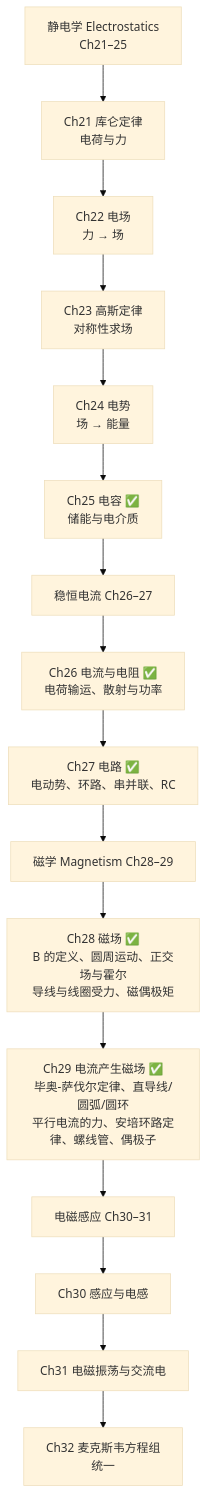
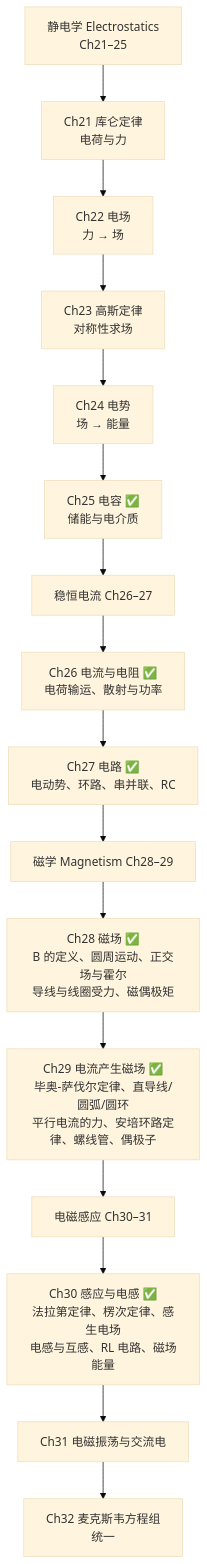
Before and after one commit to KayeAdams515/ClaudeNotes: the first of 8 diagrams in 物理/大学物理（一）/电磁学 MOC.md, drawn with Mermaid (base theme). The commit also changed other lines of this file and 20 other files, not shown here.

Commit message:
新增物理第30章感应与电感讲义及配图

````diff
--- a/物理/大学物理（一）/电磁学 MOC.md
+++ b/物理/大学物理（一）/电磁学 MOC.md
@@ -15,18 +15,18 @@
 ```mermaid
 graph TD
     A["静电学 Electrostatics<br/>Ch21–25"] --> A1["Ch21 库仑定律<br/>电荷与力"]
     A1 --> A2["Ch22 电场<br/>力 → 场"]
     A2 --> A3["Ch23 高斯定律<br/>对称性求场"]
     A3 --> A4["Ch24 电势<br/>场 → 能量"]
     A4 --> A5["Ch25 电容 ✅<br/>储能与电介质"]
     A5 --> B["稳恒电流 Ch26–27"]
     B --> B1["Ch26 电流与电阻 ✅<br/>电荷输运、散射与功率"]
     B1 --> B2["Ch27 电路 ✅<br/>电动势、环路、串并联、RC"]
     B2 --> C["磁学 Magnetism Ch28–29"]
     C --> C1["Ch28 磁场 ✅<br/>B 的定义、圆周运动、正交场与霍尔<br/>导线与线圈受力、磁偶极矩"]
     C1 --> C2["Ch29 电流产生磁场 ✅<br/>毕奥-萨伐尔定律、直导线/圆弧/圆环<br/>平行电流的力、安培环路定律、螺线管、偶极子"]
     C2 --> D["电磁感应 Ch30–31"]
-    D --> D1["Ch30 感应与电感"]
+    D --> D1["Ch30 感应与电感 ✅<br/>法拉第定律、楞次定律、感生电场<br/>电感与互感、RL 电路、磁场能量"]
     D1 --> D2["Ch31 电磁振荡与交流电"]
     D2 --> E["Ch32 麦克斯韦方程组<br/>统一"]
 ```
````
